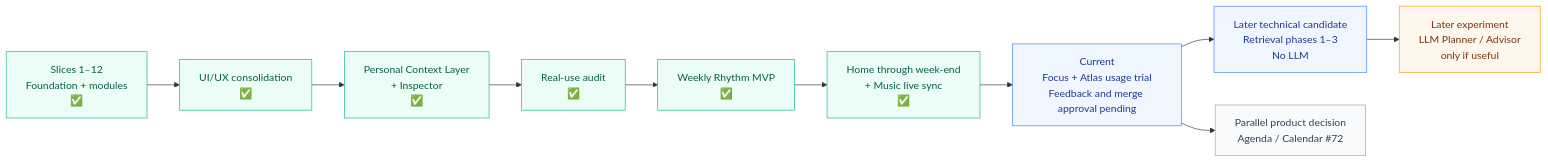
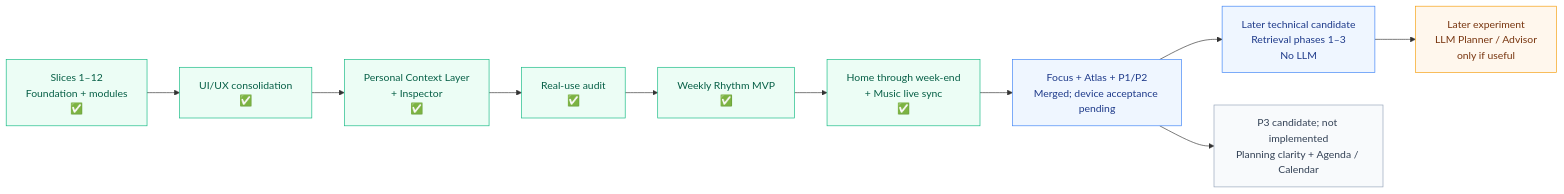
The diagram in docs/roadmap.md (teravyte18/personal-control-center), drawn with Mermaid before and after one commit. The commit also changed other lines of this file and 3 other files, not shown here.

````diff
--- a/docs/roadmap.md
+++ b/docs/roadmap.md
@@ -19,26 +21,26 @@
 ```mermaid
 graph LR
     S1["Slices 1–12<br/>Foundation + modules<br/>✅"]
     UX["UI/UX consolidation<br/>✅"]
     CTX["Personal Context Layer<br/>+ Inspector<br/>✅"]
     AUDIT["Real-use audit<br/>✅"]
     RHY["Weekly Rhythm MVP<br/>✅"]
     HOME["Home through week-end<br/>+ Music live sync<br/>✅"]
-    TEST["Current<br/>Focus + Atlas usage trial<br/>Feedback and merge approval pending"]
+    TEST["Focus + Atlas + P1/P2<br/>Merged; device acceptance pending"]
     RET["Later technical candidate<br/>Retrieval phases 1–3<br/>No LLM"]
-    CAL["Parallel product decision<br/>Agenda / Calendar #72"]
+    CAL["P3 candidate; not implemented<br/>Planning clarity + Agenda / Calendar"]
     LAB["Later experiment<br/>LLM Planner / Advisor<br/>only if useful"]
 
     S1 --> UX --> CTX --> AUDIT --> RHY --> HOME --> TEST
     TEST --> RET --> LAB
     TEST --> CAL
 
     classDef done fill:#ecfdf5,stroke:#10b981,color:#065f46;
     classDef selected fill:#eff6ff,stroke:#3b82f6,color:#1e3a8a;
     classDef experimental fill:#fff7ed,stroke:#f59e0b,color:#78350f;
     classDef planned fill:#f8fafc,stroke:#94a3b8,color:#334155;
     class S1,UX,CTX,AUDIT,RHY,HOME done;
     class TEST,RET selected;
     class CAL planned;
     class LAB experimental;
 ```
````
